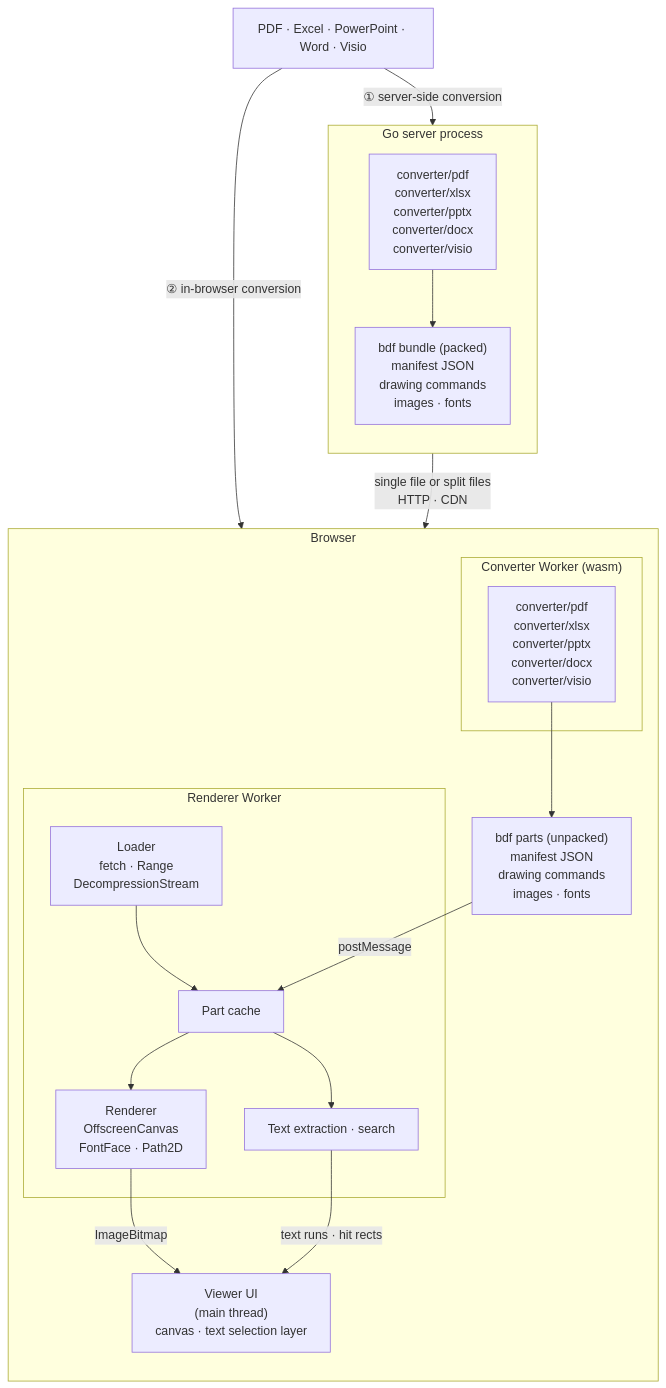
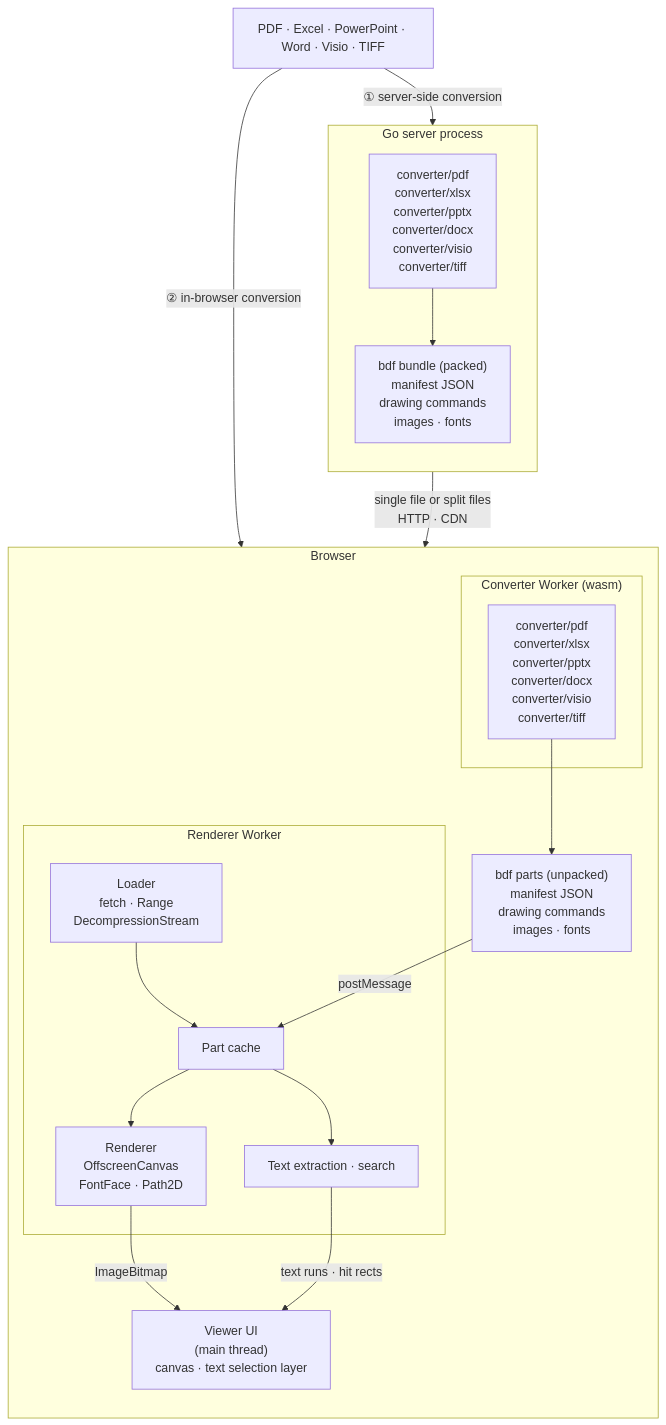
The diagram in README.md (shibukawa/bdf), drawn with Mermaid before and after one commit. The commit also changed other lines of this file and 79 other files, not shown here.

````diff
--- a/README.md
+++ b/README.md
@@ -11,37 +11,37 @@
 ```mermaid
 flowchart TB
-    SRC["PDF · Excel · PowerPoint · Word · Visio"]
+    SRC["PDF · Excel · PowerPoint · Word · Visio · TIFF"]
 
     subgraph SERVER["Go server process"]
         direction TB
-        SCONV["converter/pdf<br/>converter/xlsx<br/>converter/pptx<br/>converter/docx<br/>converter/visio"]
+        SCONV["converter/pdf<br/>converter/xlsx<br/>converter/pptx<br/>converter/docx<br/>converter/visio<br/>converter/tiff"]
         BUNDLE["bdf bundle (packed)<br/>manifest JSON<br/>drawing commands<br/>images · fonts"]
         SCONV --> BUNDLE
     end
 
     subgraph BROWSER["Browser"]
         direction TB
         subgraph CWORKER["Converter Worker (wasm)"]
-            WCONV["converter/pdf<br/>converter/xlsx<br/>converter/pptx<br/>converter/docx<br/>converter/visio"]
+            WCONV["converter/pdf<br/>converter/xlsx<br/>converter/pptx<br/>converter/docx<br/>converter/visio<br/>converter/tiff"]
         end
         PARTS["bdf parts (unpacked)<br/>manifest JSON<br/>drawing commands<br/>images · fonts"]
         subgraph RWORKER["Renderer Worker"]
             LOADER["Loader<br/>fetch · Range<br/>DecompressionStream"]
             STORE["Part cache"]
             RENDER["Renderer<br/>OffscreenCanvas<br/>FontFace · Path2D"]
             TEXT["Text extraction · search"]
             LOADER --> STORE
             STORE --> RENDER
             STORE --> TEXT
         end
         UI["Viewer UI<br/>(main thread)<br/>canvas · text selection layer"]
         WCONV --> PARTS
     end
 
     SRC -- "① server-side conversion" --> SCONV
     SRC -- "② in-browser conversion" --> WCONV
     BUNDLE -- "single file or split files<br/>HTTP · CDN" --> LOADER
     PARTS -- "postMessage" --> STORE
     RENDER -- "ImageBitmap" --> UI
     TEXT -- "text runs · hit rects" --> UI
 ```
````
